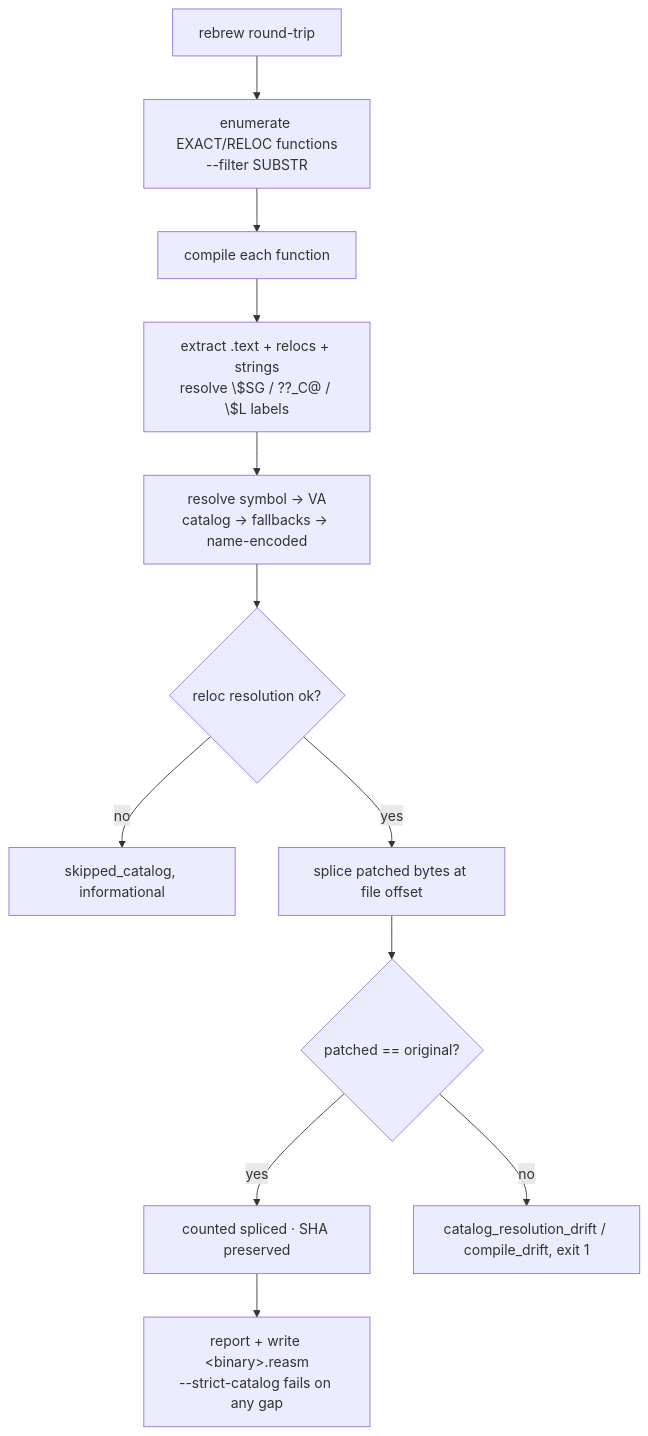
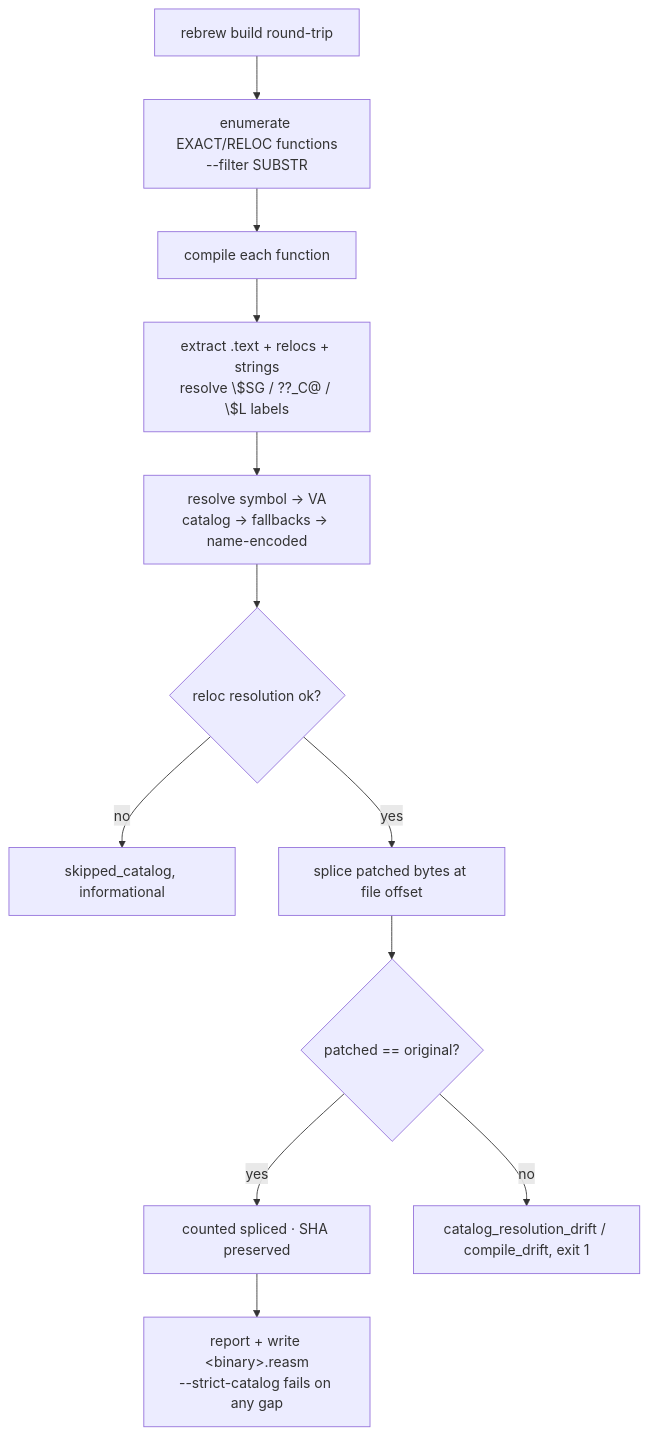
Before and after one commit to maci0/rebrew: the second of 2 diagrams in docs/CLI.md, drawn with Mermaid. The commit also changed other lines of this file and 390 other files, not shown here.

````diff
--- a/docs/CLI.md
+++ b/docs/CLI.md
@@ -2992,14 +2990,14 @@
 ```mermaid
 graph TD
-    Start[rebrew round-trip] --> Enumerate[enumerate EXACT/RELOC functions<br/>--filter SUBSTR]
+    Start[rebrew build round-trip] --> Enumerate[enumerate EXACT/RELOC functions<br/>--filter SUBSTR]
     Enumerate --> Compile[compile each function]
     Compile --> Extract[extract .text + relocs + strings<br/>resolve \$SG / ??_C@ / \$L labels]
     Extract --> Resolve[resolve symbol → VA<br/>catalog → fallbacks → name-encoded]
     Resolve --> Apply{reloc resolution ok?}
     Apply -->|no| Skip[skipped_catalog, informational]
     Apply -->|yes| Splice[splice patched bytes at file offset]
     Splice --> Verify{patched == original?}
     Verify -->|yes| Done[counted spliced · SHA preserved]
     Verify -->|no| Drift[catalog_resolution_drift / compile_drift, exit 1]
     Done --> Report[report + write &lt;binary&gt;.reasm<br/>--strict-catalog fails on any gap]
 ```
````
